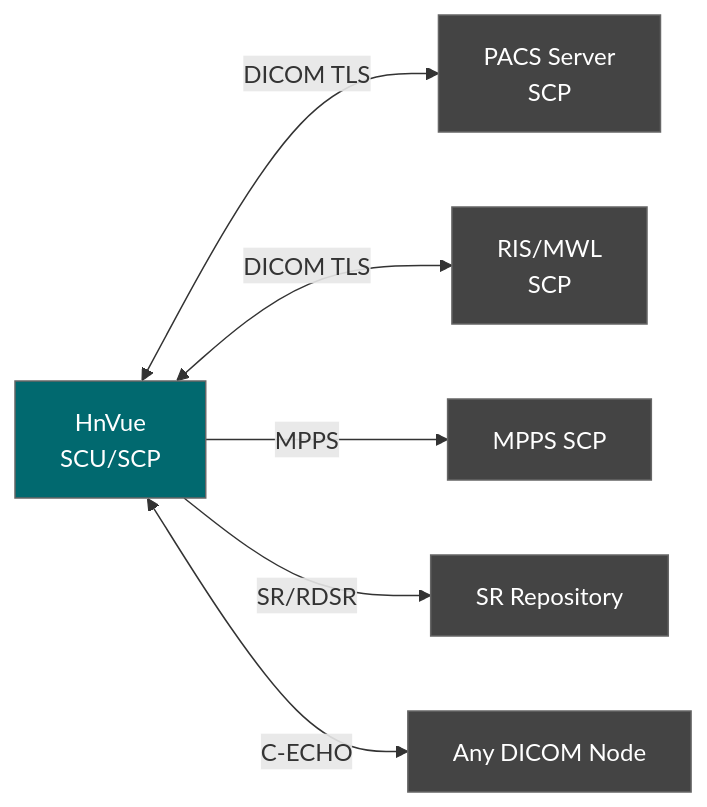
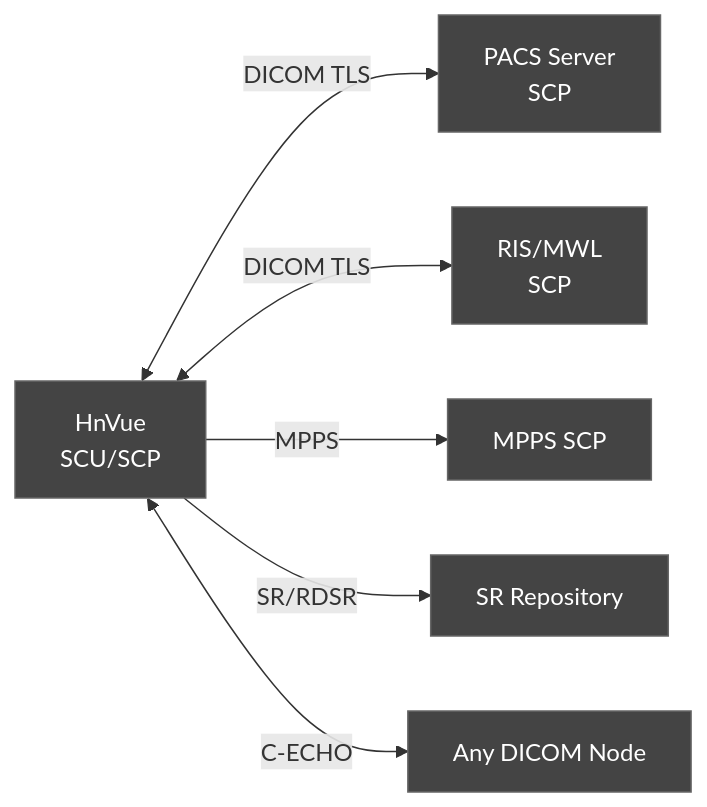
Before and after one commit to holee9/console-gui: the diagram in docs/regulatory/DOC-038_DICOM_Conformance_v1.0.md, drawn with Mermaid. The commit also changed 35 other files, not shown here.

First line of the commit message:
fix: 전체 Mermaid 차트 색상 진한 회색 통일

````diff
--- a/docs/regulatory/DOC-038_DICOM_Conformance_v1.0.md
+++ b/docs/regulatory/DOC-038_DICOM_Conformance_v1.0.md
@@ -33,11 +33,11 @@
 ```mermaid
 graph LR
     classDef default fill:#444,stroke:#666,color:#fff
     RC[HnVue<br/>SCU/SCP] <-->|DICOM TLS| PACS[PACS Server<br/>SCP]
     RC <-->|DICOM TLS| RIS[RIS/MWL<br/>SCP]
     RC -->|MPPS| MPPS_SCP[MPPS SCP]
     RC -->|SR/RDSR| SR_SCP[SR Repository]
     RC <-->|C-ECHO| ANY[Any DICOM Node]
     
-    style RC fill:#01696F,color:#fff
+    style RC fill:#444,color:#fff
 ```
````
